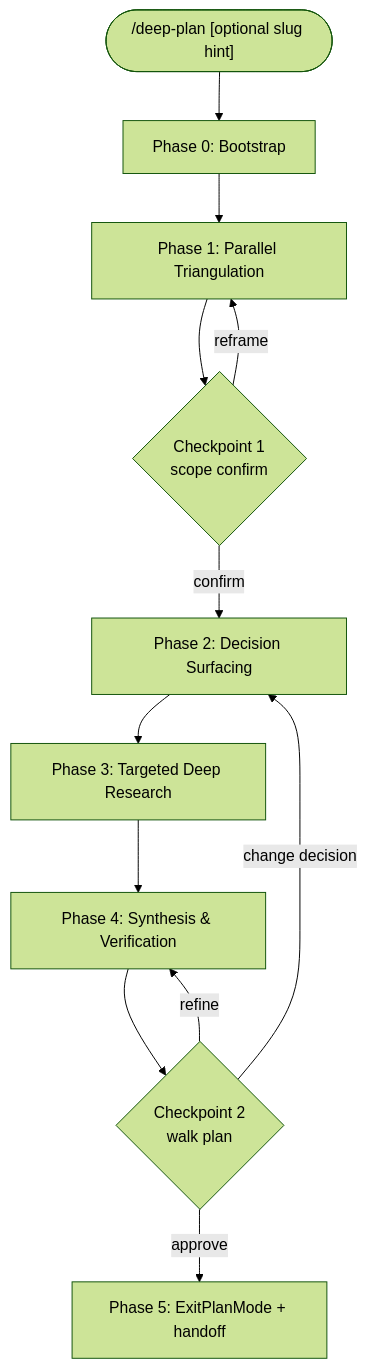
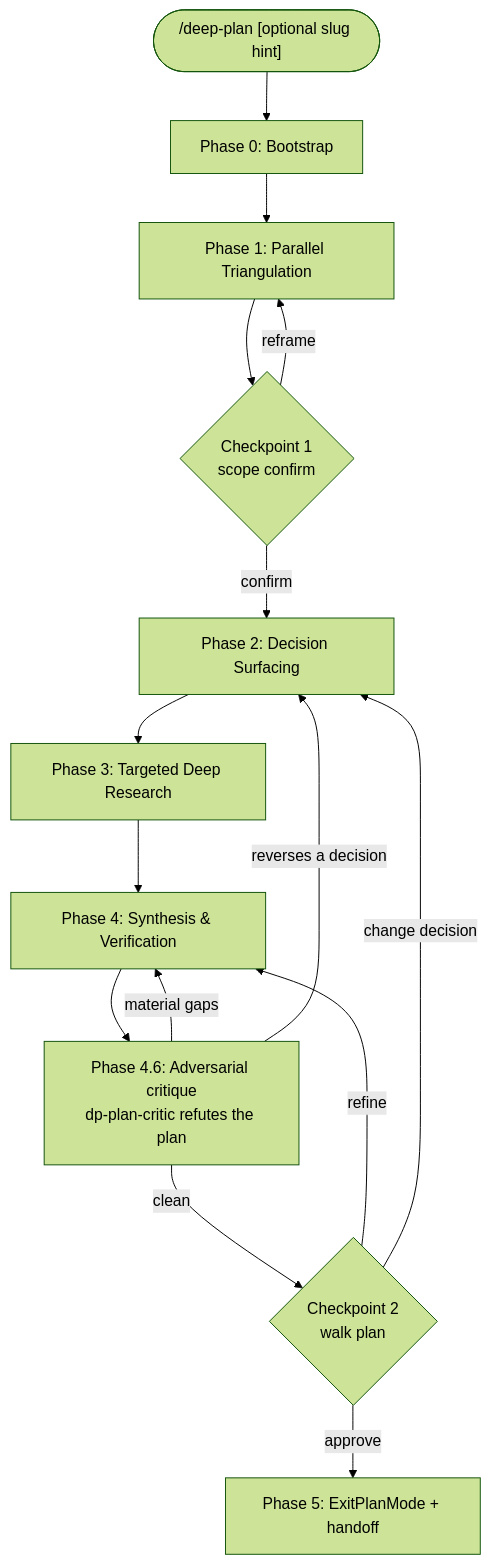
The diagram in skills/deep-plan/SKILL.md (Tsadoq/claude-better-plan), drawn with Mermaid (forest theme) before and after one commit. The commit also changed other lines of this file and 27 other files, not shown here.

````diff
--- a/skills/deep-plan/SKILL.md
+++ b/skills/deep-plan/SKILL.md
@@ -64,14 +73,17 @@
 ```mermaid
 flowchart TD
     Start(["/deep-plan [optional slug hint]"]) --> P0
     P0[Phase 0: Bootstrap] --> P1[Phase 1: Parallel Triangulation]
     P1 --> CP1{Checkpoint 1<br/>scope confirm}
     CP1 -->|reframe| P1
     CP1 -->|confirm| P2[Phase 2: Decision Surfacing]
     P2 --> P3[Phase 3: Targeted Deep Research]
     P3 --> P4[Phase 4: Synthesis & Verification]
-    P4 --> CP2{Checkpoint 2<br/>walk plan}
+    P4 --> P45[Phase 4.6: Adversarial critique<br/>dp-plan-critic refutes the plan]
+    P45 -->|material gaps| P4
+    P45 -->|reverses a decision| P2
+    P45 -->|clean| CP2{Checkpoint 2<br/>walk plan}
     CP2 -->|refine| P4
     CP2 -->|change decision| P2
     CP2 -->|approve| P5[Phase 5: ExitPlanMode + handoff]
 ```
````
